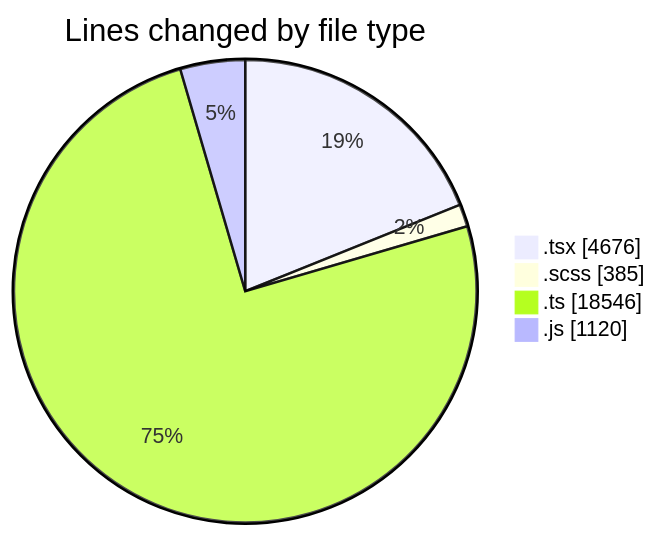
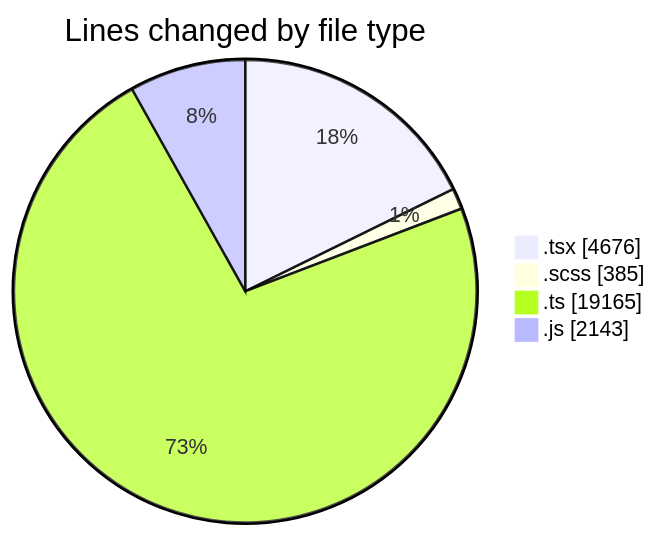
The first of 2 diagrams in 2025-06-17/cda/README.md (momahboobian/code-tracking), drawn with Mermaid before and after one commit. The commit also changed other lines of this file and 1 other file, not shown here.

````diff
--- a/2025-06-17/cda/README.md
+++ b/2025-06-17/cda/README.md
@@ -44,8 +47,8 @@
 ```mermaid
 pie showData
 title Lines changed by file type
 ".tsx" : 4676
 ".scss" : 385
-".ts" : 18546
-".js" : 1120
+".ts" : 19165
+".js" : 2143
 ```
````
